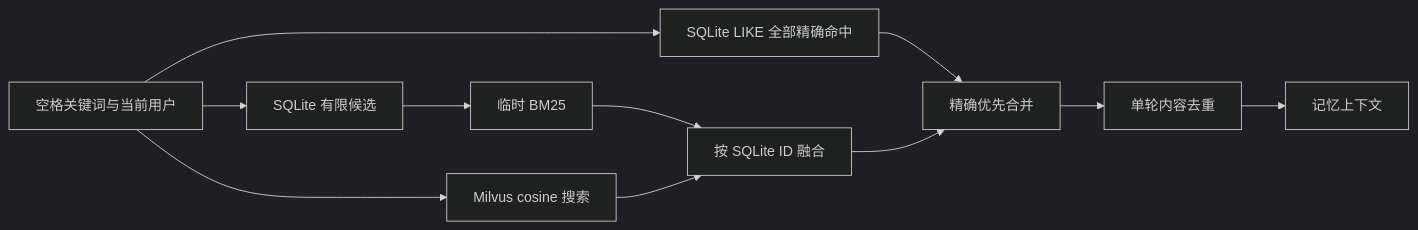
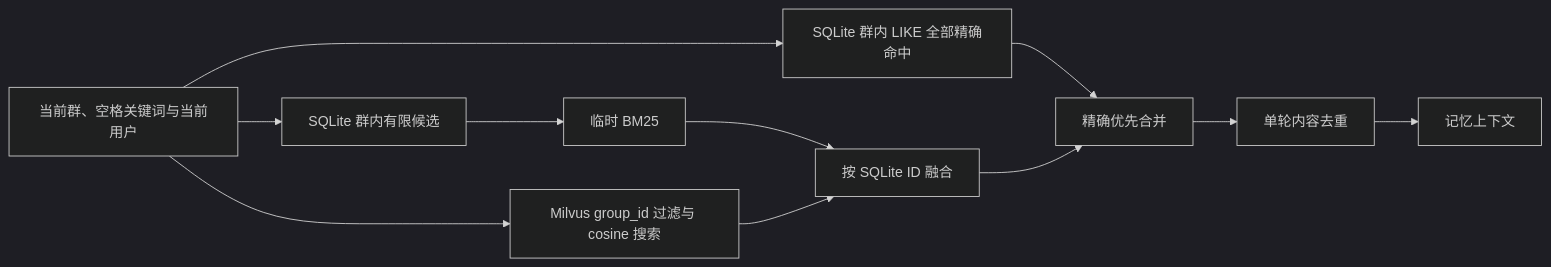
Before and after one commit to ATreep/hatsume-qq-bot: the seventh of 10 diagrams in docs/arch.md, drawn with Mermaid (dark theme). The commit also changed other lines of this file and 78 other files, not shown here.

```diff
--- a/docs/arch.md
+++ b/docs/arch.md
@@ -327,13 +331,13 @@
 ~~~mermaid
 flowchart LR
-    Query[空格关键词与当前用户] --> Exact[SQLite LIKE 全部精确命中]
-    Query --> Bounded[SQLite 有限候选]
-    Query --> Milvus[Milvus cosine 搜索]
+    Query[当前群、空格关键词与当前用户] --> Exact[SQLite 群内 LIKE 全部精确命中]
+    Query --> Bounded[SQLite 群内有限候选]
+    Query --> Milvus[Milvus group_id 过滤与 cosine 搜索]
     Bounded --> BM25[临时 BM25]
     BM25 --> Fusion[按 SQLite ID 融合]
     Milvus --> Fusion
     Exact --> Merge[精确优先合并]
     Fusion --> Merge
     Merge --> Dedup[单轮内容去重]
     Dedup --> Context[记忆上下文]
 ~~~
```
